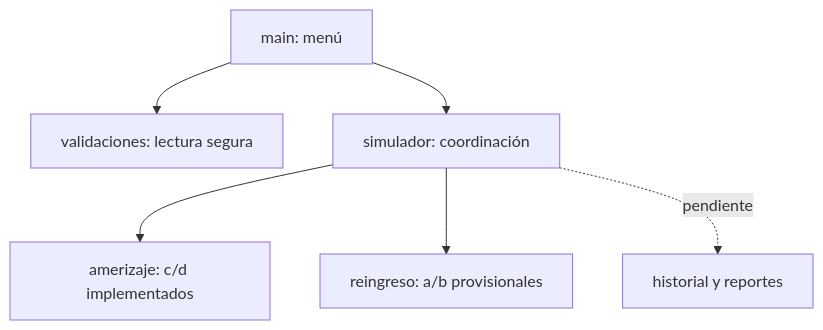
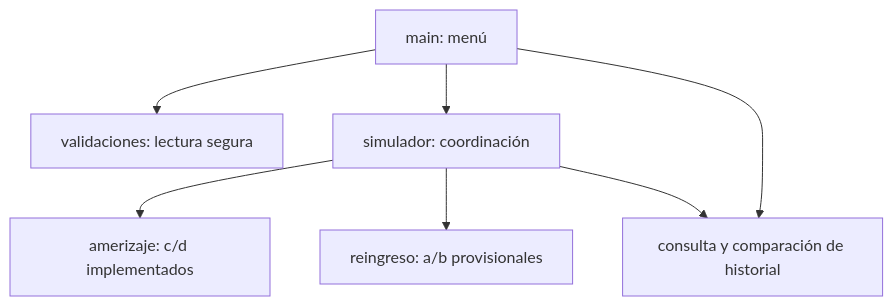
The diagram in README.md (alexisquatrin-tech/Trabajo-Integrador-C), drawn with Mermaid before and after one commit. The commit also changed other lines of this file and 15 other files, not shown here.

````diff
--- a/README.md
+++ b/README.md
@@ -165,8 +172,9 @@
 ```mermaid
 flowchart TD
     M[main: menú] --> V[validaciones: lectura segura]
     M --> S[simulador: coordinación]
     S --> A[amerizaje: c/d implementados]
     S --> R[reingreso: a/b provisionales]
-    S -. pendiente .-> H[historial y reportes]
+    M --> H[consulta y comparación de historial]
+    S --> H
 ```
````
